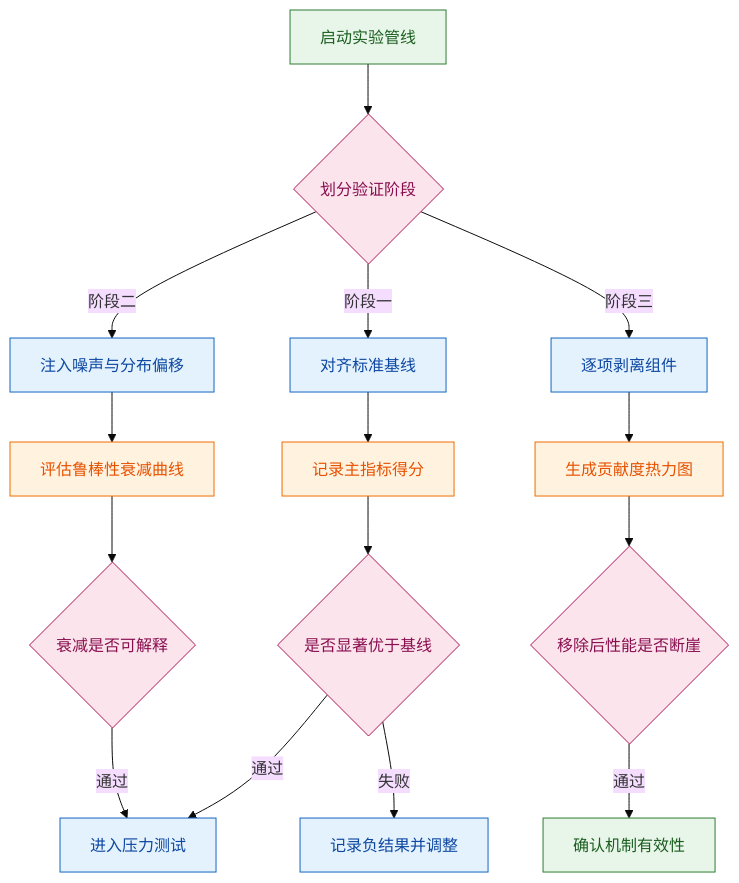
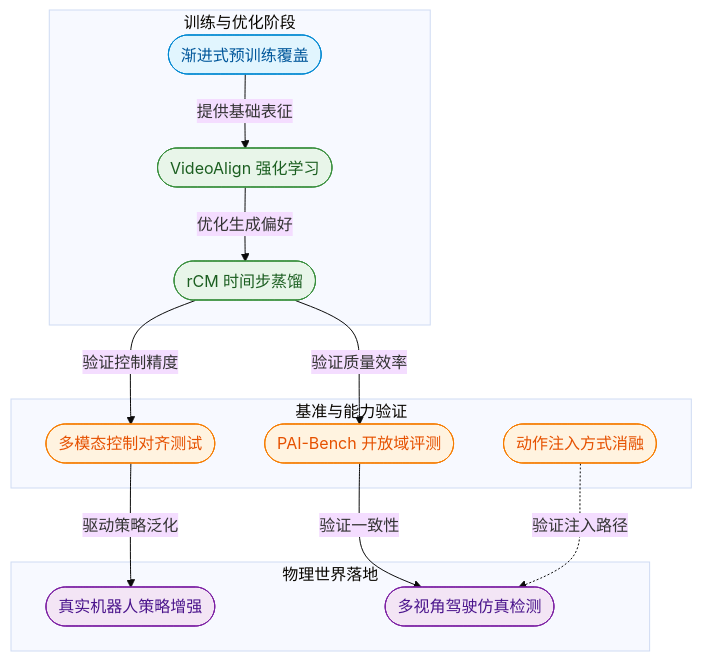
One commit to ShinewineW/paper-rolling changed the fifth of 10 diagrams in person_vault/2026-06-12_WorldSimulationWithVideoFoundationModels_2511.00062/report.md. Above: the diagram before and after it, drawn with Mermaid (base theme). The commit also changed other lines of this file and 51 other files, not shown here.

````diff
--- a/person_vault/2026-06-12_WorldSimulationWithVideoFoundationModels_2511.00062/report.md
+++ b/person_vault/2026-06-12_WorldSimulationWithVideoFoundationModels_2511.00062/report.md
@@ -240,25 +352,32 @@
 ```mermaid
-flowchart TD
-    classDef start fill:#e8f5e9,color:#1b5e20,stroke:#2e7d32
-    classDef proc fill:#e3f2fd,color:#0d47a1,stroke:#1565c0
-    classDef data fill:#fff3e0,color:#e65100,stroke:#ef6c00
-    classDef judge fill:#fce4ec,color:#880e4f,stroke:#ad1457
+flowchart TB
+    classDef train fill:#e1f5fe,color:#01579b,stroke:#0288d1
+    classDef align fill:#e8f5e9,color:#1b5e20,stroke:#388e3c
+    classDef eval fill:#fff3e0,color:#e65100,stroke:#f57c00
+    classDef deploy fill:#f3e5f5,color:#4a148c,stroke:#7b1fa2
 
-    start["启动实验管线"]:::start --> split{划分验证阶段}:::judge
-    split -->|阶段一| base_align["对齐标准基线"]:::proc
-    split -->|阶段二| stress_test["注入噪声与分布偏移"]:::proc
-    split -->|阶段三| ablation["逐项剥离组件"]:::proc
-    
-    base_align --> metric_eval["记录主指标得分"]:::data
-    stress_test --> robust_check["评估鲁棒性衰减曲线"]:::data
-    ablation --> contrib_map["生成贡献度热力图"]:::data
-    
-    metric_eval --> gate1{是否显著优于基线}:::judge
-    robust_check --> gate2{衰减是否可解释}:::judge
-    contrib_map --> gate3{移除后性能是否断崖}:::judge
-    
-    gate1 -->|通过| next_phase["进入压力测试"]:::proc
-    gate1 -->|失败| log_fail["记录负结果并调整"]:::proc
-    gate2 -->|通过| next_phase
-    gate3 -->|通过| conclude["确认机制有效性"]:::start
+    subgraph 训练与优化阶段
+        progressive_pretrain(["渐进式预训练覆盖"]):::train
+        rl_post_training(["VideoAlign 强化学习"]):::align
+        rcm_distillation(["rCM 时间步蒸馏"]):::align
+    end
+
+    subgraph 基准与能力验证
+        pai_bench_eval(["PAI-Bench 开放域评测"]):::eval
+        multi_control_eval(["多模态控制对齐测试"]):::eval
+        action_injection_ablation(["动作注入方式消融"]):::eval
+    end
+
+    subgraph 物理世界落地
+        robot_policy_augment(["真实机器人策略增强"]):::deploy
+        driving_sim_eval(["多视角驾驶仿真检测"]):::deploy
+    end
+
+    progressive_pretrain -->|提供基础表征| rl_post_training
+    rl_post_training -->|优化生成偏好| rcm_distillation
+    rcm_distillation -->|验证质量效率| pai_bench_eval
+    rcm_distillation -->|验证控制精度| multi_control_eval
+    multi_control_eval -->|驱动策略泛化| robot_policy_augment
+    pai_bench_eval -->|验证一致性| driving_sim_eval
+    action_injection_ablation -. 验证注入路径 .-> driving_sim_eval
 ```
````
